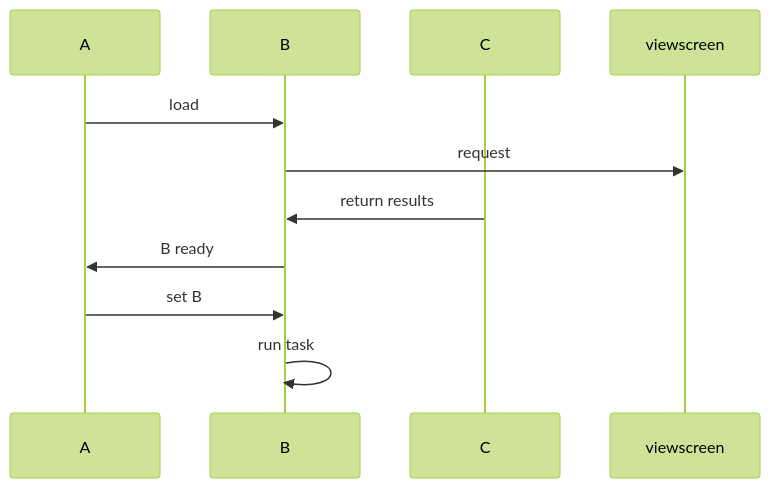
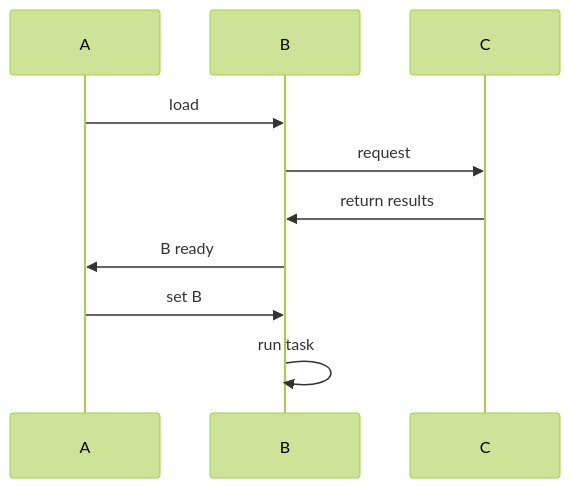
The first of 3 diagrams in index.md (lsst/rtn-094), drawn with Mermaid (forest theme) before and after one commit. The commit also changed other lines of this file, not shown here.

Commit message:
Correct error in mmd diagram

````diff
--- a/index.md
+++ b/index.md
@@ -20,12 +20,12 @@
 ```mermaid
 sequenceDiagram
     participant A
     participant B
     participant C
     A->>B: load
-    B->>viewscreen: request
+    B->>C: request
     C->>B: return results
     B->>A: B ready
     A->>B: set B
     B->>B: run task 
 ```
````
